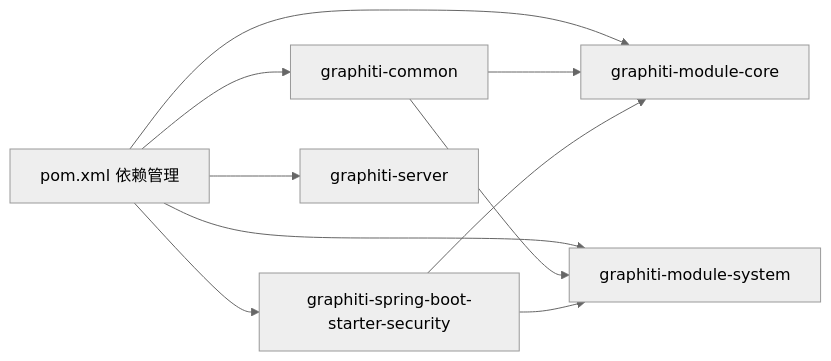
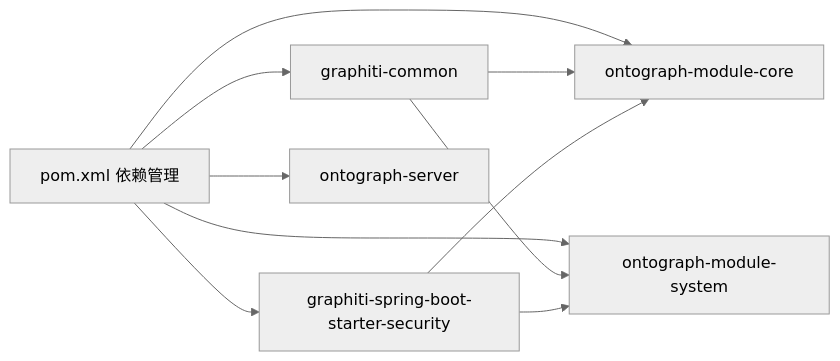
Before and after one commit to joezxh/graphiti-java: the seventh of 7 diagrams in docs/manual/最佳实践/代码质量保证.md, drawn with Mermaid (neutral theme). The commit also changed other lines of this file and 200 other files, not shown here.

````diff
--- a/docs/manual/最佳实践/代码质量保证.md
+++ b/docs/manual/最佳实践/代码质量保证.md
@@ -331,12 +331,12 @@
 ```mermaid
 graph LR
 POM["pom.xml 依赖管理"] --> COMMON["graphiti-common"]
 POM --> SEC["graphiti-spring-boot-starter-security"]
-POM --> CORE["graphiti-module-core"]
-POM --> SYS["graphiti-module-system"]
-POM --> SERVER["graphiti-server"]
+POM --> CORE["ontograph-module-core"]
+POM --> SYS["ontograph-module-system"]
+POM --> SERVER["ontograph-server"]
 COMMON --> CORE
 COMMON --> SYS
 SEC --> SYS
 SEC --> CORE
 ```
````
